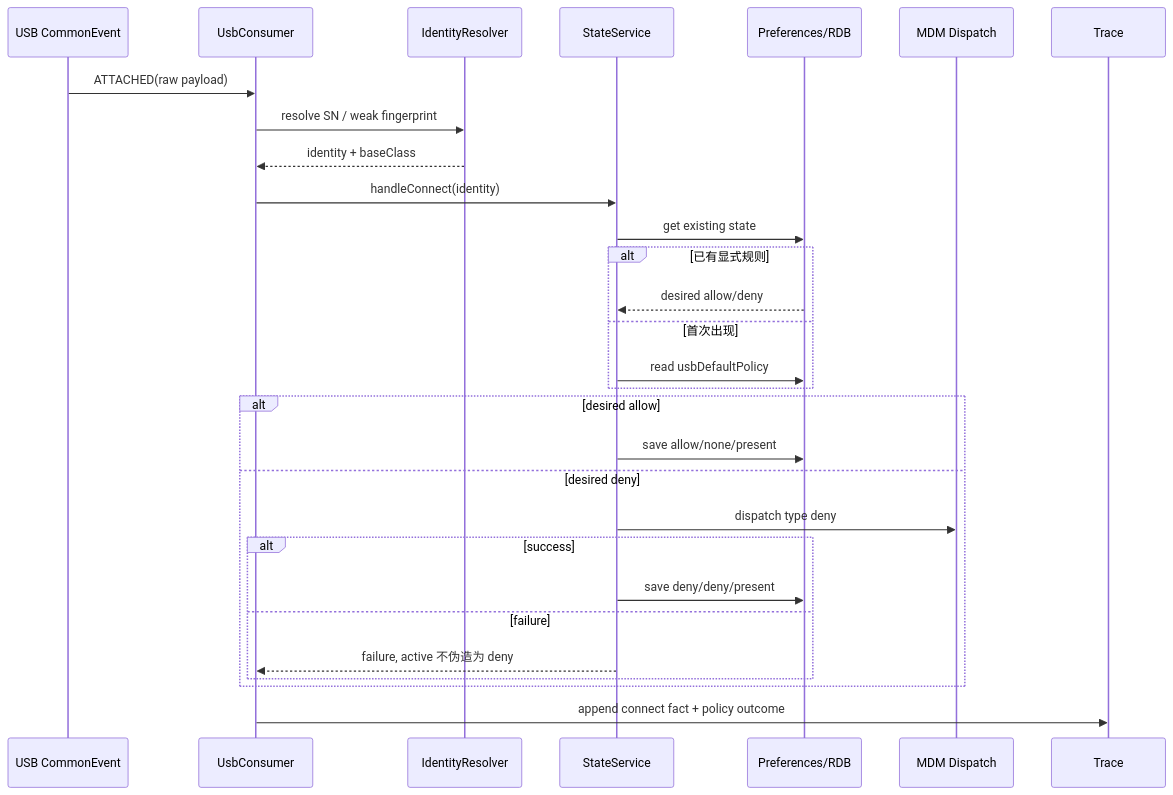
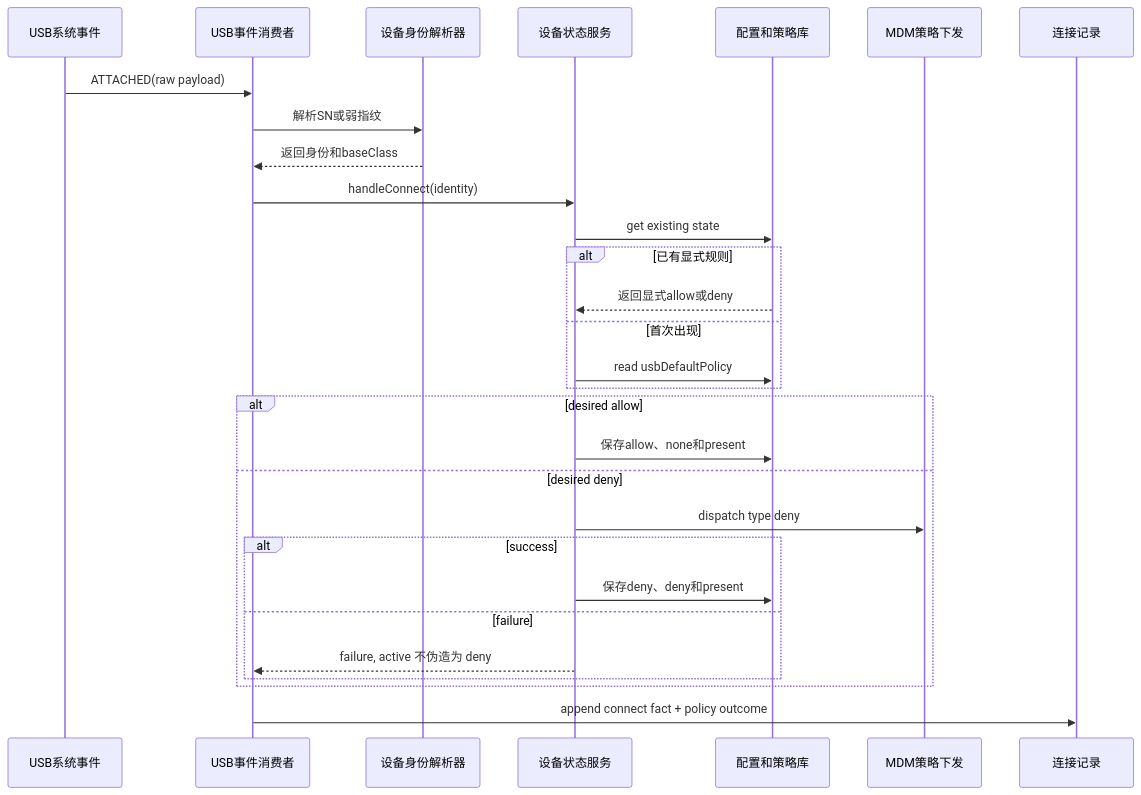
Before and after one commit to xiaomu120413/harmonyos-sdd-ralph-workshop: the third of 3 diagrams in case-materials/mdm/03-外设管理MVVM与策略RFC.md, drawn with Mermaid. The commit also changed other lines of this file and 7 other files, not shown here.

````diff
--- a/case-materials/mdm/03-外设管理MVVM与策略RFC.md
+++ b/case-materials/mdm/03-外设管理MVVM与策略RFC.md
@@ -344,32 +344,32 @@
 ```mermaid
 sequenceDiagram
-  participant OS as USB CommonEvent
-  participant C as UsbConsumer
-  participant I as IdentityResolver
-  participant S as StateService
-  participant P as Preferences/RDB
-  participant M as MDM Dispatch
-  participant T as Trace
+  participant OS as USB系统事件
+  participant C as USB事件消费者
+  participant I as 设备身份解析器
+  participant S as 设备状态服务
+  participant P as 配置和策略库
+  participant M as MDM策略下发
+  participant T as 连接记录
 
   OS->>C: ATTACHED(raw payload)
-  C->>I: resolve SN / weak fingerprint
-  I-->>C: identity + baseClass
+  C->>I: 解析SN或弱指纹
+  I-->>C: 返回身份和baseClass
   C->>S: handleConnect(identity)
   S->>P: get existing state
   alt 已有显式规则
-    P-->>S: desired allow/deny
+    P-->>S: 返回显式allow或deny
   else 首次出现
     S->>P: read usbDefaultPolicy
   end
   alt desired allow
-    S->>P: save allow/none/present
+    S->>P: 保存allow、none和present
   else desired deny
     S->>M: dispatch type deny
     alt success
-      S->>P: save deny/deny/present
+      S->>P: 保存deny、deny和present
     else failure
       S-->>C: failure, active 不伪造为 deny
     end
   end
   C->>T: append connect fact + policy outcome
 ```
````
